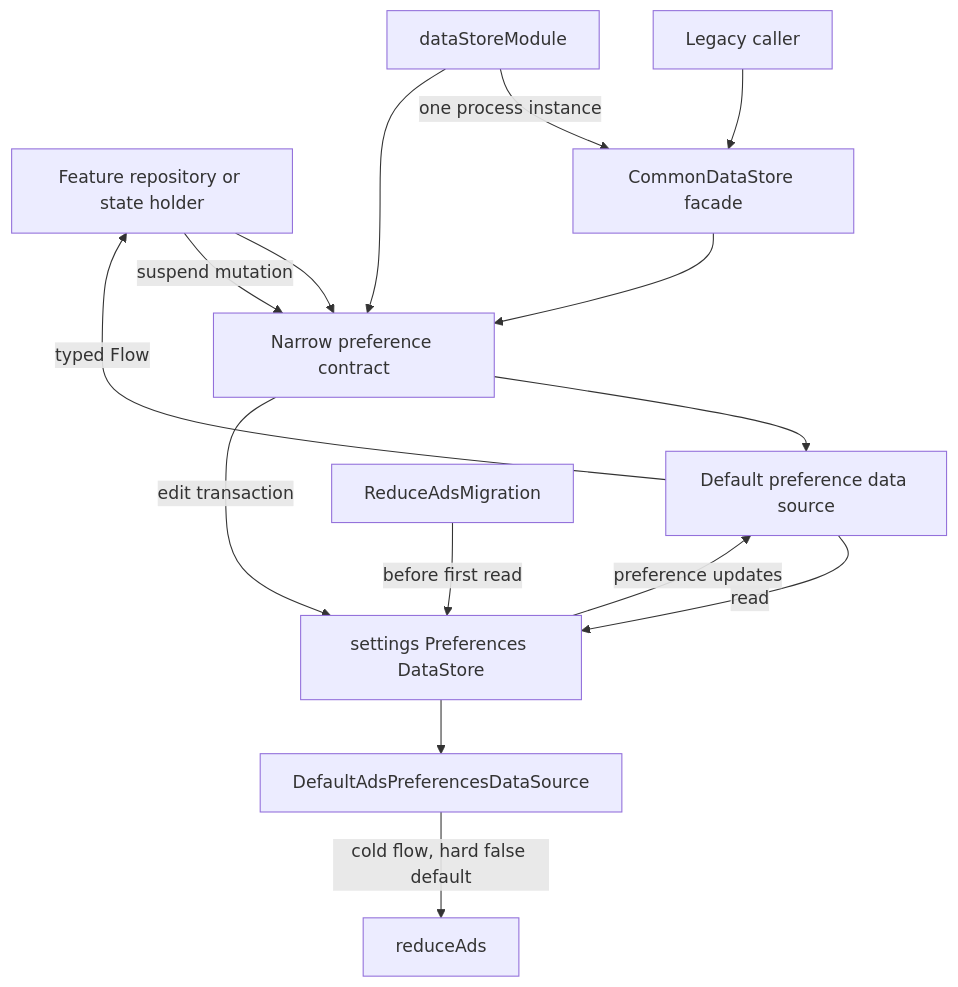
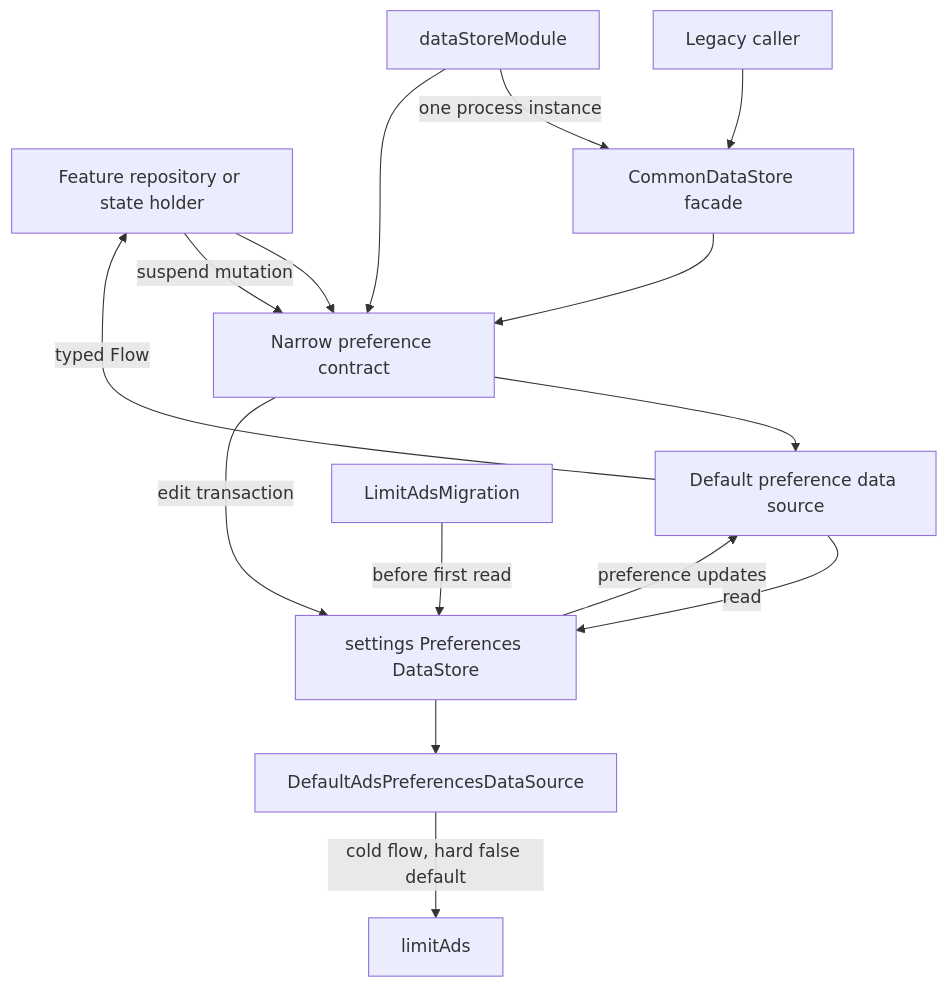
The diagram in library/core/datastore/README.md (MihaiCristianCondrea/App-Toolkit-for-Android), drawn with Mermaid before and after one commit. The commit also changed other lines of this file and 33 other files, not shown here.

````diff
--- a/library/core/datastore/README.md
+++ b/library/core/datastore/README.md
@@ -42,17 +42,17 @@
 ```mermaid
 flowchart TD
     Caller[Feature repository or state holder] --> Narrow["Narrow preference contract"]
     Legacy[Legacy caller] --> Facade[CommonDataStore facade]
     Facade --> Narrow
     Narrow --> Source[Default preference data source]
     Source -->|read| Store["settings Preferences DataStore"]
     Caller -->|suspend mutation| Narrow
     Narrow -->|edit transaction| Store
     Store -->|preference updates| Source
     Source -->|typed Flow| Caller
-    Ads[DefaultAdsPreferencesDataSource] -->|cold flow, hard false default| Reduce[reduceAds]
-    Migrations[ReduceAdsMigration] -->|before first read| Store
+    Ads[DefaultAdsPreferencesDataSource] -->|cold flow, hard false default| Limit[limitAds]
+    Migrations[LimitAdsMigration] -->|before first read| Store
     Store --> Ads
     Module[dataStoreModule] -->|one process instance| Facade
     Module --> Narrow
 ```
````
